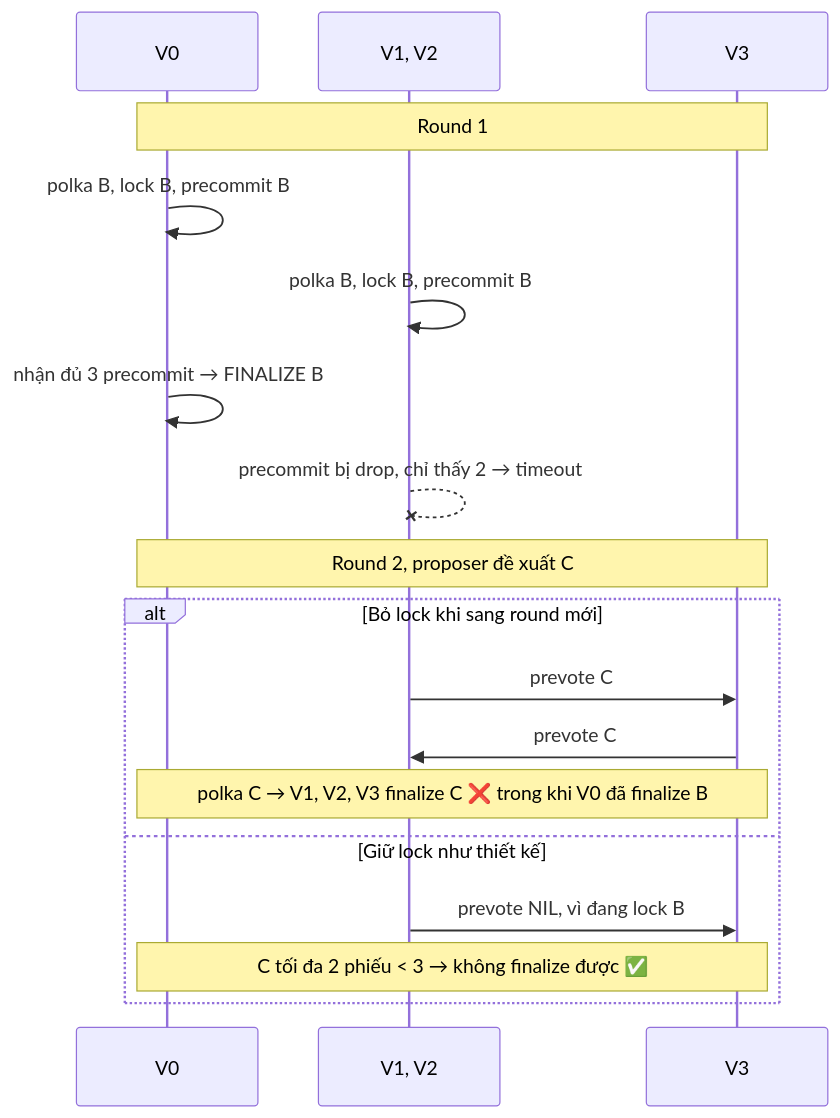
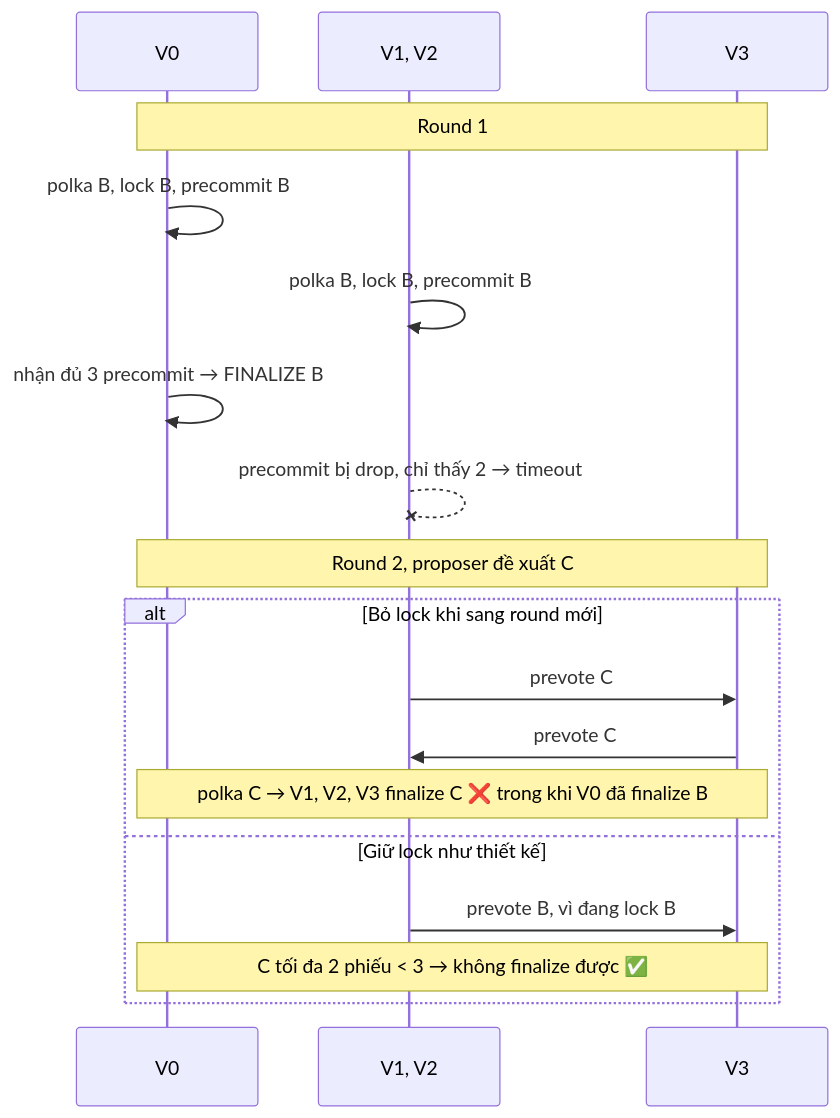
One commit to clgp-aint-cool/blockchain-lab01 changed diagram 27 of 41 in docs/CONCEPT_GUIDE.md. Above: the diagram before and after it, drawn with Mermaid. The commit also changed other lines of this file and 2 other files, not shown here.

````diff
--- a/docs/CONCEPT_GUIDE.md
+++ b/docs/CONCEPT_GUIDE.md
@@ -751,20 +751,20 @@
 ```mermaid
 sequenceDiagram
     participant V0
     participant V12 as V1, V2
     participant V3
     Note over V0,V3: Round 1
     V0->>V0: polka B, lock B, precommit B
     V12->>V12: polka B, lock B, precommit B
     V0->>V0: nhận đủ 3 precommit → FINALIZE B
     V12--xV12: precommit bị drop, chỉ thấy 2 → timeout
     Note over V0,V3: Round 2, proposer đề xuất C
     alt Bỏ lock khi sang round mới
         V12->>V3: prevote C
         V3->>V12: prevote C
         Note over V0,V3: polka C → V1, V2, V3 finalize C ❌ trong khi V0 đã finalize B
     else Giữ lock như thiết kế
-        V12->>V3: prevote NIL, vì đang lock B
+        V12->>V3: prevote B, vì đang lock B
         Note over V0,V3: C tối đa 2 phiếu < 3 → không finalize được ✅
     end
 ```
````
